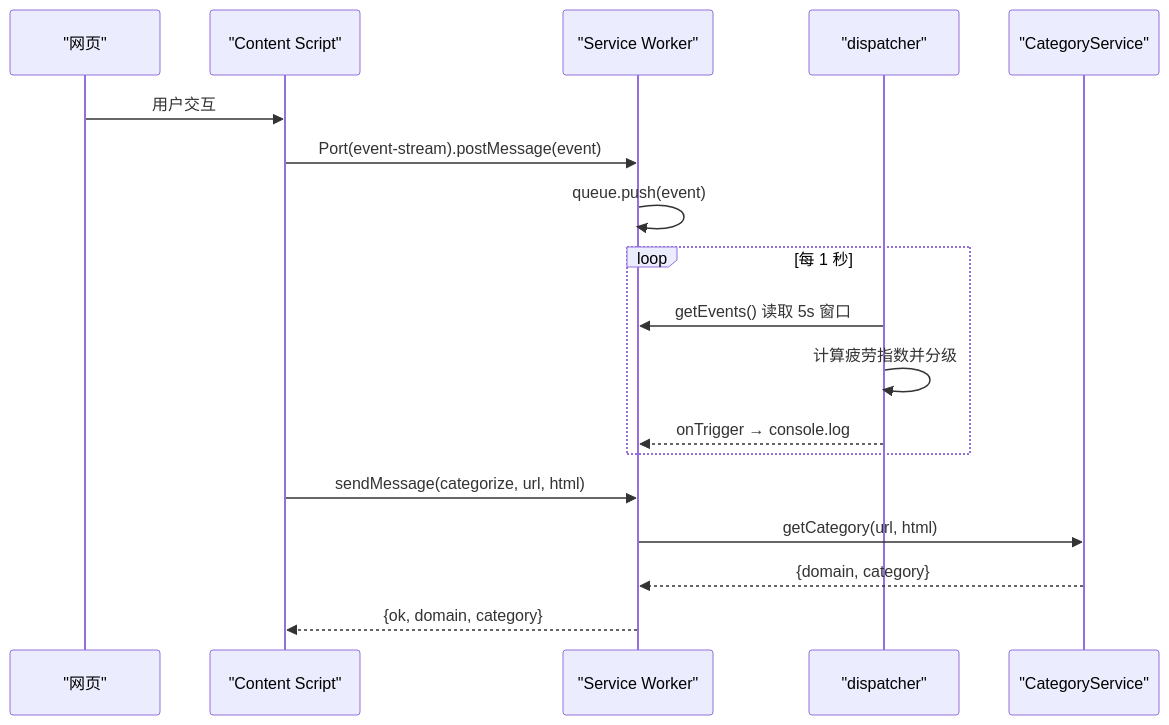
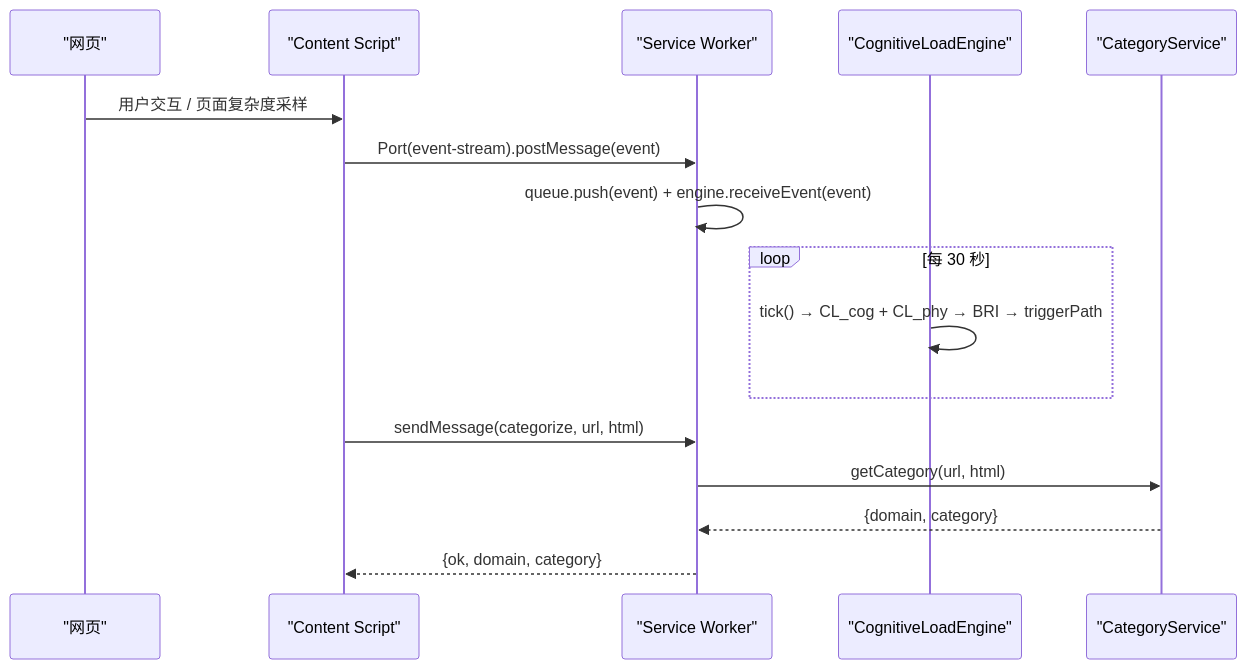
One commit to MingxuanGame/BrainRest changed the diagram in .qoder/repowiki/zh/content/架构设计/系统概览.md. Above: the diagram before and after it, drawn with Mermaid. The commit also changed other lines of this file and 70 other files, not shown here.

````diff
--- a/.qoder/repowiki/zh/content/架构设计/系统概览.md
+++ b/.qoder/repowiki/zh/content/架构设计/系统概览.md
@@ -31,20 +38,18 @@
 ```mermaid
 sequenceDiagram
 participant Page as "网页"
 participant CT as "Content Script"
 participant SW as "Service Worker"
-participant D as "dispatcher"
+participant E as "CognitiveLoadEngine"
 participant CS as "CategoryService"
-Page->>CT: 用户交互
+Page->>CT: 用户交互 / 页面复杂度采样
 CT->>SW: Port(event-stream).postMessage(event)
-SW->>SW: queue.push(event)
-loop 每 1 秒
-D->>SW: getEvents() 读取 5s 窗口
-D->>D: 计算疲劳指数并分级
-D-->>SW: onTrigger → console.log
+SW->>SW: queue.push(event) + engine.receiveEvent(event)
+loop 每 30 秒
+E->>E: tick() → CL_cog + CL_phy → BRI → triggerPath
 end
 CT->>SW: sendMessage(categorize, url, html)
 SW->>CS: getCategory(url, html)
 CS-->>SW: {domain, category}
 SW-->>CT: {ok, domain, category}
 ```
````
